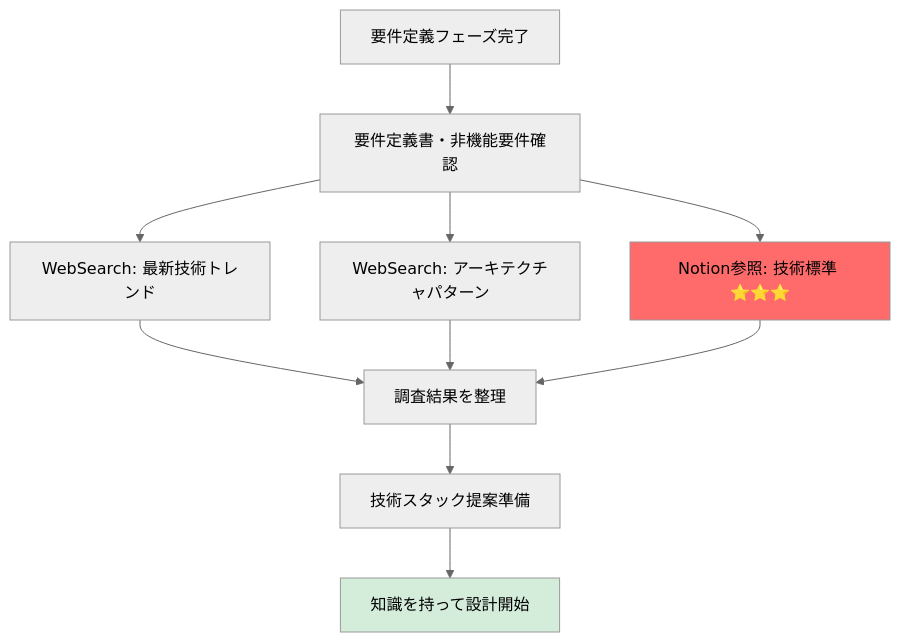
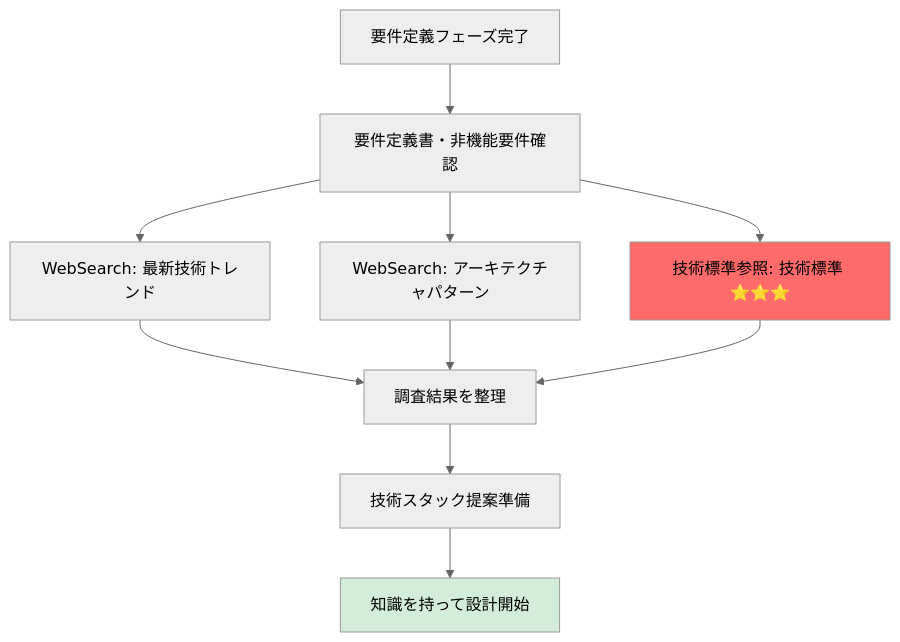
The first of 2 diagrams in .claude/docs/10_facilitation/2.3_設計フェーズ/2.3.0_事前調査.md (k-tanaka-522/aidev), drawn with Mermaid (neutral theme) before and after one commit. The commit also changed other lines of this file and 21 other files, not shown here.

````diff
--- a/.claude/docs/10_facilitation/2.3_設計フェーズ/2.3.0_事前調査.md
+++ b/.claude/docs/10_facilitation/2.3_設計フェーズ/2.3.0_事前調査.md
@@ -67,17 +67,17 @@
 ```mermaid
 flowchart TB
     A[要件定義フェーズ完了] --> B[要件定義書・非機能要件確認]
     B --> C1[WebSearch: 最新技術トレンド]
     B --> C2[WebSearch: アーキテクチャパターン]
-    B --> C3[Notion参照: 技術標準 ⭐⭐⭐]
+    B --> C3[技術標準参照: 技術標準 ⭐⭐⭐]
 
     C1 --> D[調査結果を整理]
     C2 --> D
     C3 --> D
 
     D --> E[技術スタック提案準備]
     E --> F[知識を持って設計開始]
 
     style C3 fill:#ff6b6b
     style F fill:#d4edda
 ```
````
